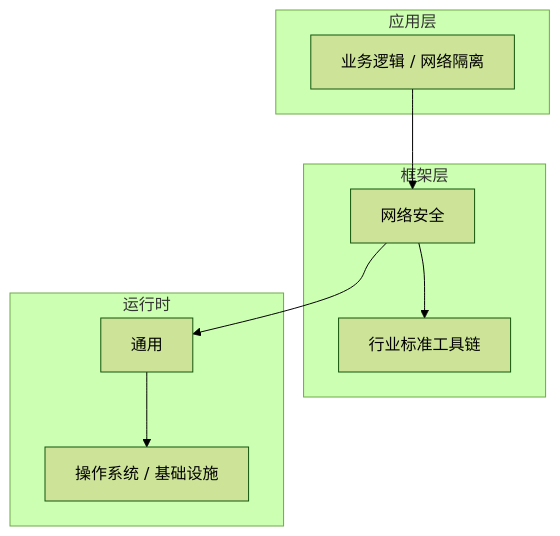
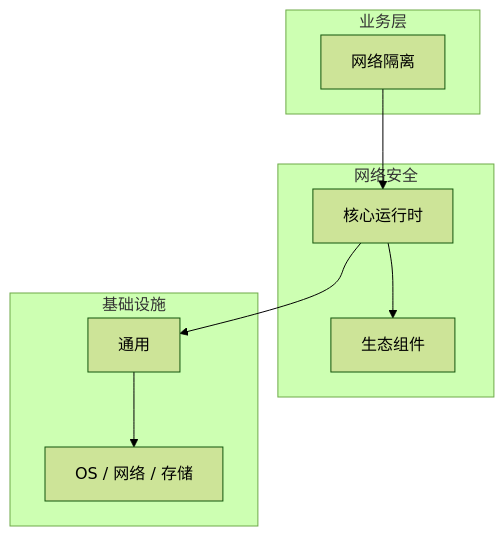
One commit to yanggan2015/knowledge-json-v2 changed the diagram in articles/网络安全/chapters/043-网络隔离核心概念与原理.md. Above: the diagram before and after it, drawn with Mermaid (forest theme). The commit also changed other lines of this file and 10127 other files, not shown here.

````diff
--- a/articles/网络安全/chapters/043-网络隔离核心概念与原理.md
+++ b/articles/网络安全/chapters/043-网络隔离核心概念与原理.md
@@ -46,18 +35,18 @@
 ```mermaid
 graph TB
-    subgraph 应用层
-        A[业务逻辑 / 网络隔离]
+    subgraph 业务层
+        A[网络隔离]
     end
-    subgraph 框架层
-        B[网络安全]
-        C[行业标准工具链]
+    subgraph 网络安全
+        B[核心运行时]
+        C[生态组件]
     end
-    subgraph 运行时
+    subgraph 基础设施
         D[通用]
-        E[操作系统 / 基础设施]
+        E[OS / 网络 / 存储]
     end
     A --> B
     B --> C
     B --> D
     D --> E
 ```
````
